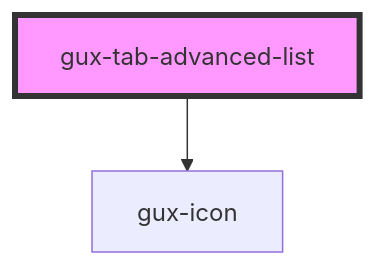
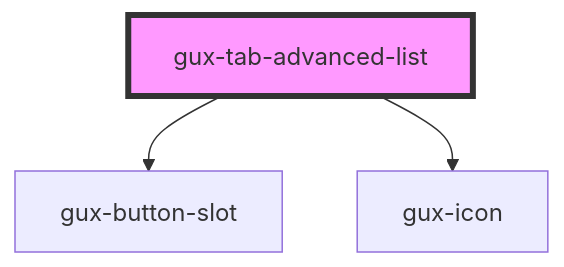
Before and after one commit to MyPureCloud/genesys-spark: the diagram in packages/genesys-spark-components/src/components/stable/gux-tabs-advanced/gux-tab-advanced-list/readme.md, drawn with Mermaid. The commit also changed other lines of this file and 14 other files, not shown here.

````diff
--- a/packages/genesys-spark-components/src/components/stable/gux-tabs-advanced/gux-tab-advanced-list/readme.md
+++ b/packages/genesys-spark-components/src/components/stable/gux-tabs-advanced/gux-tab-advanced-list/readme.md
@@ -45,5 +46,6 @@
 ```mermaid
 graph TD;
+  gux-tab-advanced-list --> gux-button-slot
   gux-tab-advanced-list --> gux-icon
   style gux-tab-advanced-list fill:#f9f,stroke:#333,stroke-width:4px
 ```
````
